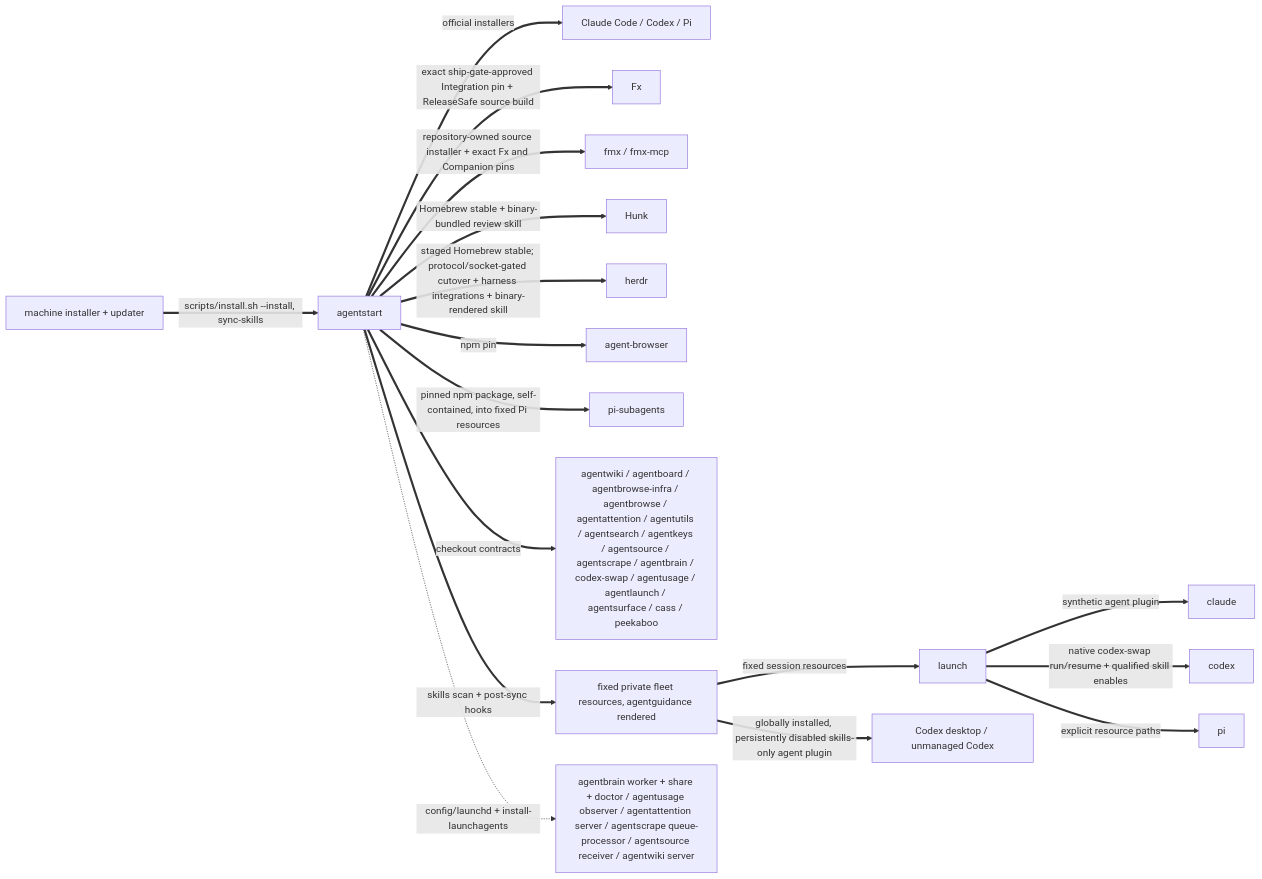
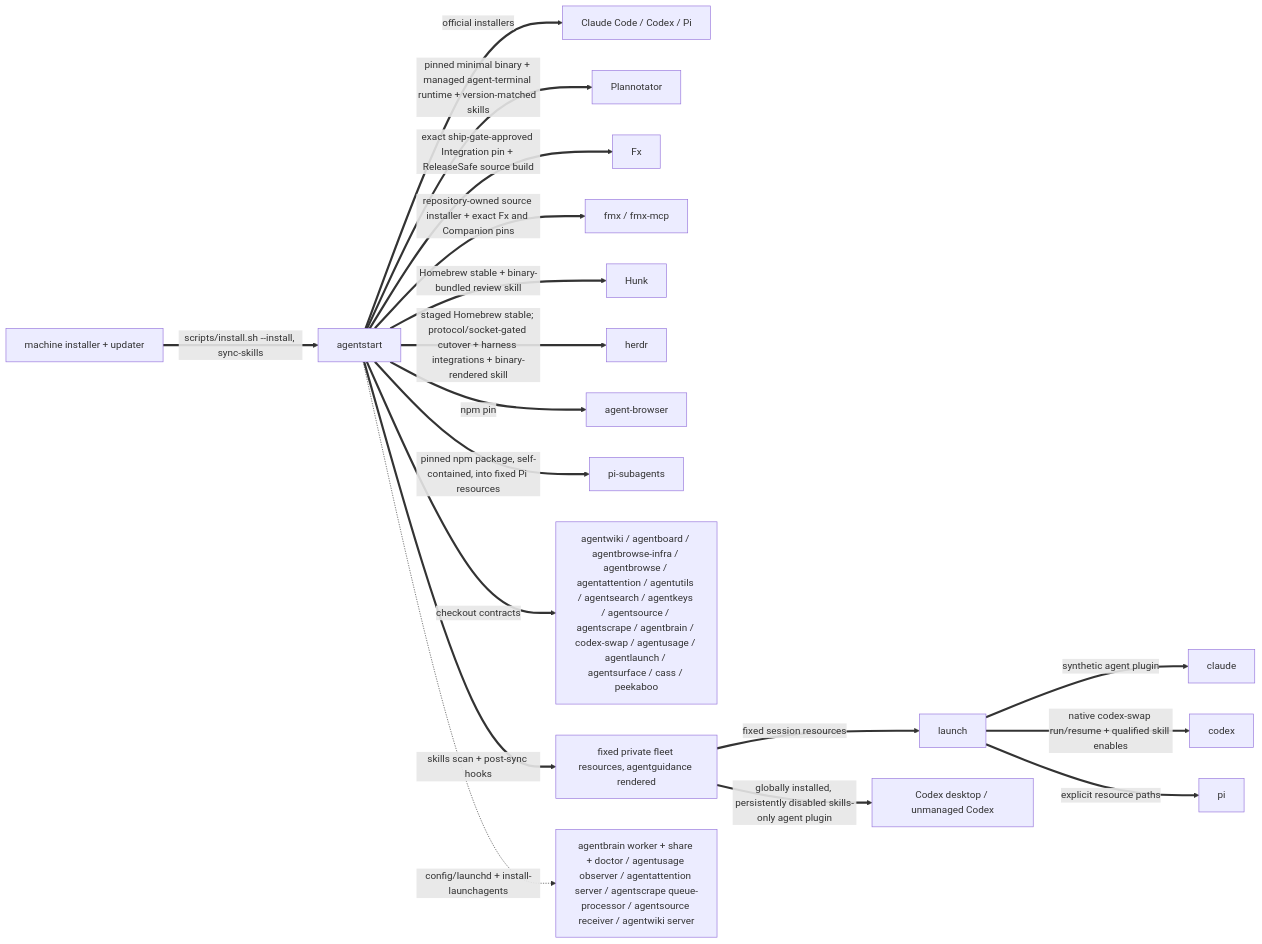
Before and after one commit to possibilities/agentstart: the second of 3 diagrams in skills/fleet/MAP.md, drawn with Mermaid. The commit also changed other lines of this file and 3 other files, not shown here.

Commit message:
Install Plannotator agent terminal runtime

````diff
--- a/skills/fleet/MAP.md
+++ b/skills/fleet/MAP.md
@@ -87,22 +87,23 @@
 ```mermaid
 flowchart LR
     machine[machine installer + updater]
     start[agentstart]
 
     machine ==>|scripts/install.sh --install, sync-skills| start
     start ==>|official installers| harnesses[Claude Code / Codex / Pi]
+    start ==>|pinned minimal binary + managed agent-terminal runtime + version-matched skills| plannotator[Plannotator]
     start ==>|exact ship-gate-approved Integration pin + ReleaseSafe source build| fx[Fx]
     start ==>|repository-owned source installer + exact Fx and Companion pins| fmxInstall[fmx / fmx-mcp]
     start ==>|Homebrew stable + binary-bundled review skill| hunk[Hunk]
     start ==>|staged Homebrew stable; protocol/socket-gated cutover + harness integrations + binary-rendered skill| herdrInstall[herdr]
     start ==>|npm pin| browser[agent-browser]
     start ==>|pinned npm package, self-contained, into fixed Pi resources| piSubagents[pi-subagents]
     start ==>|checkout contracts| fleet[agentwiki / agentboard / agentbrowse-infra / agentbrowse / agentattention / agentutils / agentsearch / agentkeys / agentsource / agentscrape / agentbrain / codex-swap / agentusage / agentlaunch / agentsurface / cass / peekaboo]
     start ==>|skills scan + post-sync hooks| skills[fixed private fleet resources, agentguidance rendered]
     skills ==>|fixed session resources| launch
     launch ==>|synthetic agent plugin| claude
     launch ==>|native codex-swap run/resume + qualified skill enables| codex
     launch ==>|explicit resource paths| pi
     skills ==>|globally installed, persistently disabled skills-only agent plugin| codexDesktop[Codex desktop / unmanaged Codex]
     start -.->|config/launchd + install-launchagents| services[agentbrain worker + share + doctor / agentusage observer / agentattention server / agentscrape queue-processor / agentsource receiver / agentwiki server]
 ```
````
